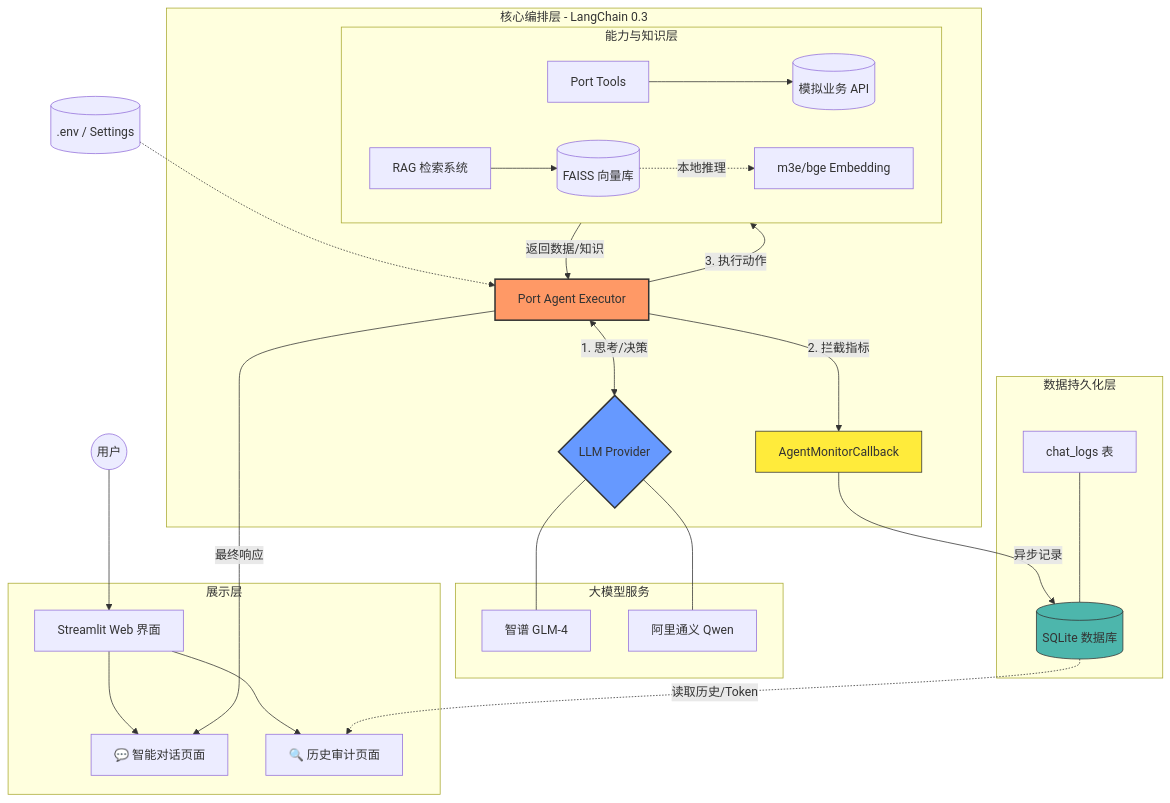
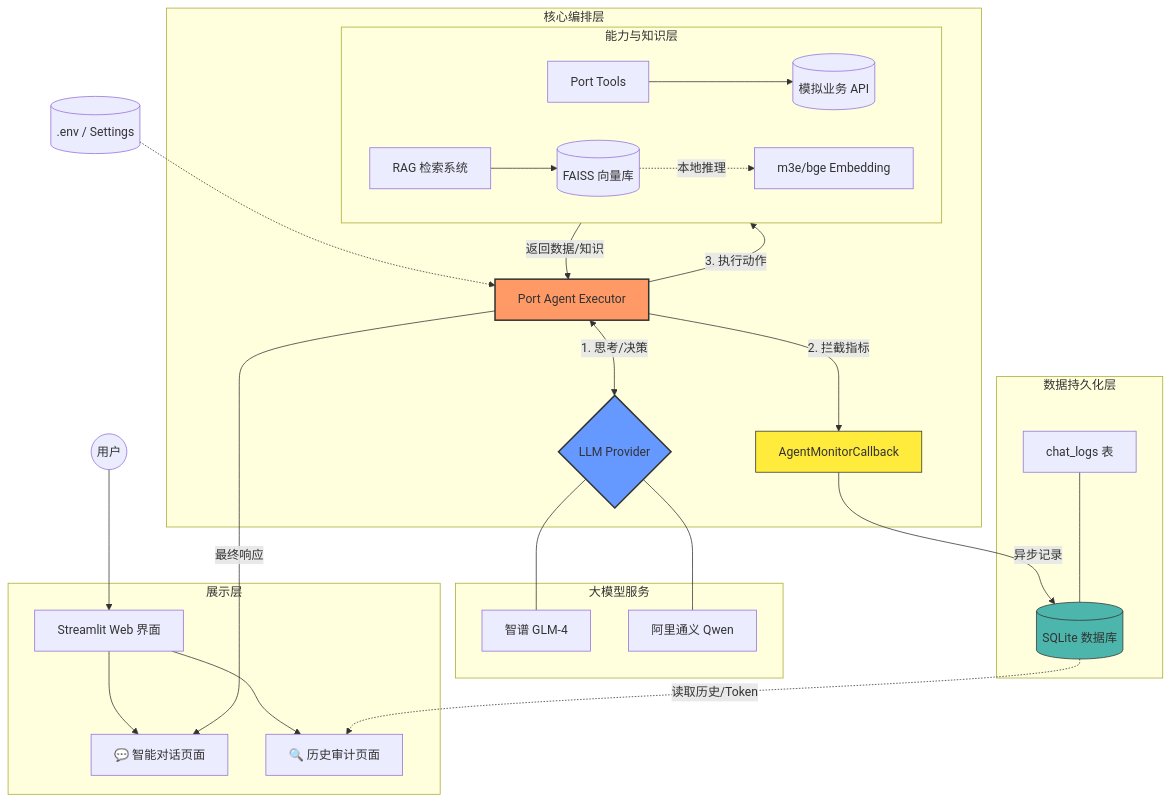
Before and after one commit to ck-unifr/SmartPortAgent: the diagram in README.md, drawn with Mermaid.

````diff
--- a/README.md
+++ b/README.md
@@ -61,56 +61,56 @@
 ```mermaid
 graph TD
     %% 用户层
     User((用户)) --> WebUI[Streamlit Web 界面]
 
     %% 界面拆分
     subgraph Web_Layer [展示层]
         WebUI --> ChatPage[💬 智能对话页面]
         WebUI --> AuditPage[🔍 历史审计页面]
     end
 
     %% 配置层
     Config[(.env / Settings)] -.-> Agent
 
     %% 核心编排层
-    subgraph Agent_Core [核心编排层 - LangChain 0.3]
+    subgraph Agent_Core [核心编排层]
         Agent[Port Agent Executor]
         Callback[AgentMonitorCallback]
         
         Agent <-->|1. 思考/决策| LLM
         Agent -->|2. 拦截指标| Callback
         Agent -->|3. 执行动作| Tools_RAG
     end
 
     %% 模型服务层
     subgraph LLM_Service [大模型服务]
         LLM{LLM Provider}
         LLM --- Zhipu[智谱 GLM-4]
         LLM --- Qwen[阿里通义 Qwen]
     end
 
     %% 能力整合层
     subgraph Tools_RAG [能力与知识层]
         direction LR
         Tools[Port Tools] --> MockAPI[(模拟业务 API)]
         RAG[RAG 检索系统] --> VectorDB[(FAISS 向量库)]
         VectorDB -.->|本地推理| EmbedModel[m3e/bge Embedding]
     end
 
     %% 持久化与审计
     subgraph Persistence_Layer [数据持久化层]
         Callback -->|异步记录| DB[(SQLite 数据库)]
         DB -.->|读取历史/Token| AuditPage
         ChatLog[chat_logs 表] --- DB
     end
 
     %% 返回路径
     Tools_RAG -->|返回数据/知识| Agent
     Agent -->|最终响应| ChatPage
 
     %% 样式美化
     style Agent fill:#f96,stroke:#333,stroke-width:2px
     style LLM fill:#69f,stroke:#333,stroke-width:2px
     style DB fill:#4db6ac,stroke:#333
     style Callback fill:#ffeb3b,stroke:#333
 ```
````
